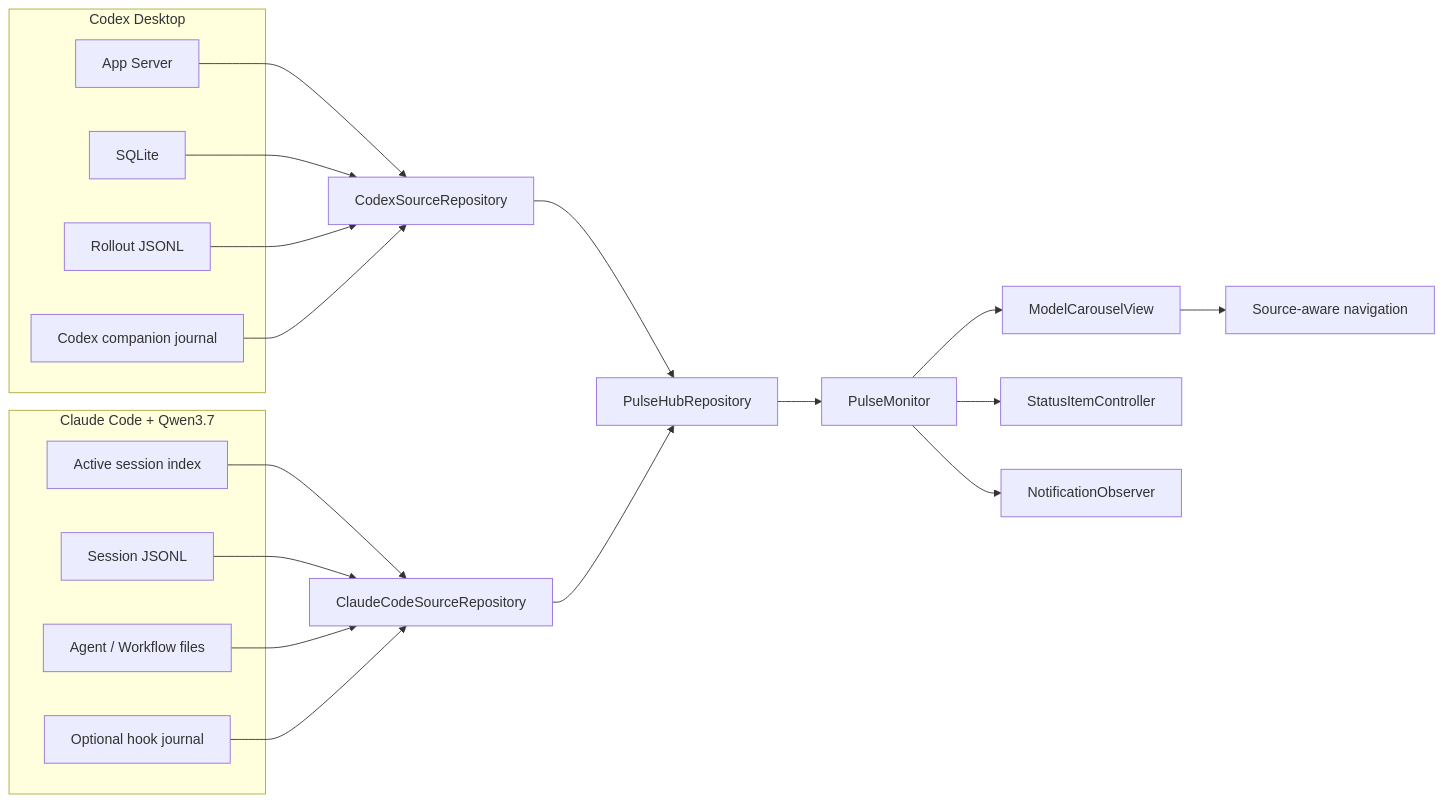
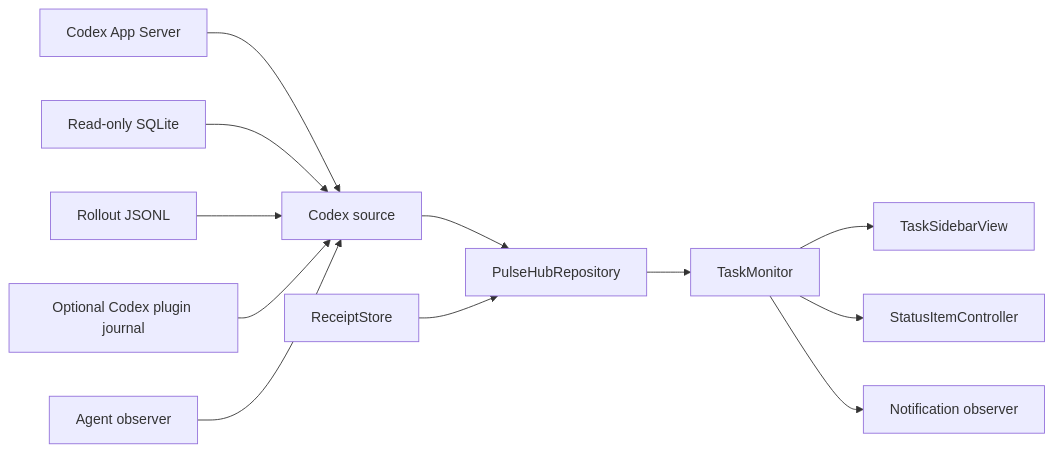
The diagram in docs/LLM_PULSE_V2_PLAN.md (zuuzii-org/gpt-pulse), drawn with Mermaid before and after one commit. The commit also changed other lines of this file and 179 other files, not shown here.

````diff
--- a/docs/LLM_PULSE_V2_PLAN.md
+++ b/docs/LLM_PULSE_V2_PLAN.md
@@ -89,34 +99,15 @@
 ```mermaid
 flowchart LR
-    subgraph Codex["Codex Desktop"]
-        C1["App Server"]
-        C2["SQLite"]
-        C3["Rollout JSONL"]
-        C4["Codex companion journal"]
-    end
-
-    subgraph CC["Claude Code + Qwen3.7"]
-        Q1["Active session index"]
-        Q2["Session JSONL"]
-        Q3["Agent / Workflow files"]
-        Q4["Optional hook journal"]
-    end
-
-    C1 --> CR["CodexSourceRepository"]
-    C2 --> CR
-    C3 --> CR
-    C4 --> CR
-
-    Q1 --> QR["ClaudeCodeSourceRepository"]
-    Q2 --> QR
-    Q3 --> QR
-    Q4 --> QR
+    AS["Codex App Server"] --> CR["Codex source"]
+    SQ["Read-only SQLite"] --> CR
+    RO["Rollout JSONL"] --> CR
+    PJ["Optional Codex plugin journal"] --> CR
+    AO["Agent observer"] --> CR
 
     CR --> HR["PulseHubRepository"]
-    QR --> HR
-    HR --> PM["PulseMonitor"]
-    PM --> UI["ModelCarouselView"]
-    PM --> SI["StatusItemController"]
-    PM --> NO["NotificationObserver"]
-    UI --> NR["Source-aware navigation"]
+    HR --> TM["TaskMonitor"]
+    TM --> UI["TaskSidebarView"]
+    TM --> SI["StatusItemController"]
+    TM --> NO["Notification observer"]
+    RS["ReceiptStore"] --> HR
 ```
````
